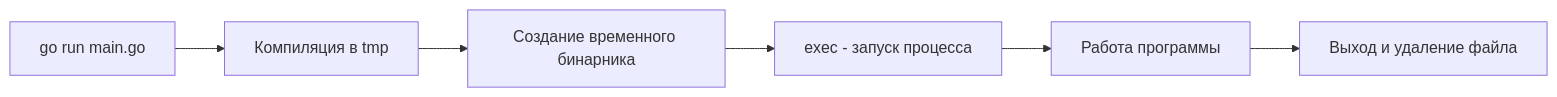
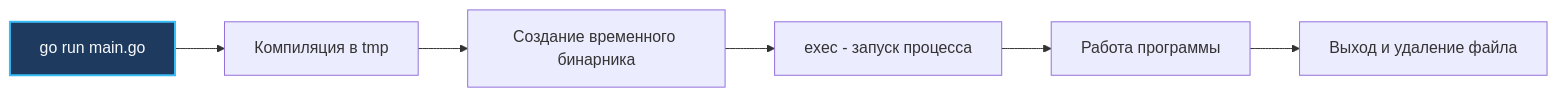
The diagram in sources/8. Инфраструктура языка, Тулинг и CI_CD/4. go run и быстрый цикл разработки.md (UnrealTemplier/go-textbook), drawn with Mermaid before and after one commit. The commit also changed 1666 other files, not shown here.

First line of the commit message:
feat(mermaid): add semantic color classDef to 1369 colorless flowchart/graph diagrams

````diff
--- a/sources/8. Инфраструктура языка, Тулинг и CI_CD/4. go run и быстрый цикл разработки.md
+++ b/sources/8. Инфраструктура языка, Тулинг и CI_CD/4. go run и быстрый цикл разработки.md
@@ -18,8 +18,18 @@
 ```mermaid
 flowchart LR
-    A["go run main.go"] --> B["Компиляция в tmp"]
+    classDef process  fill:#1e293b,stroke:#38bdf8,stroke-width:1px,color:#f8fafc
+    classDef success  fill:#064e3b,stroke:#34d399,stroke-width:1px,color:#f8fafc
+    classDef error    fill:#7f1d1d,stroke:#f87171,stroke-width:1px,color:#f8fafc
+    classDef warning  fill:#78350f,stroke:#fbbf24,stroke-width:1px,color:#f8fafc
+    classDef entry    fill:#1e3a5f,stroke:#38bdf8,stroke-width:2px,color:#f8fafc
+    classDef aux      fill:#334155,stroke:#64748b,stroke-width:1px,color:#f8fafc
+    classDef system   fill:#312e81,stroke:#a78bfa,stroke-width:1px,color:#f8fafc
+    classDef data     fill:#132d29,stroke:#2dd4bf,stroke-width:1px,color:#f8fafc
+    classDef network  fill:#881337,stroke:#fb7185,stroke-width:1px,color:#f8fafc
+    classDef accent   fill:#1e1b4b,stroke:#818cf8,stroke-width:1px,color:#f8fafc
+    A["go run main.go"]:::entry --> B["Компиляция в tmp"]
     B --> C["Создание временного бинарника"]
     C --> D["exec - запуск процесса"]
     D --> E["Работа программы"]
     E --> F["Выход и удаление файла"]
 ```
````
